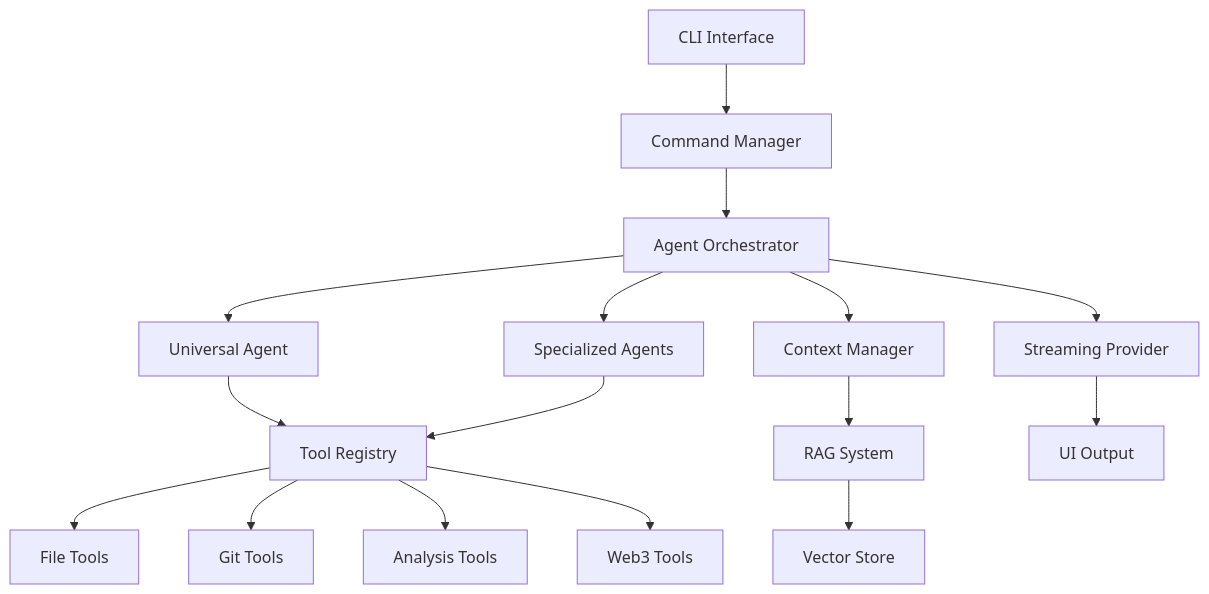
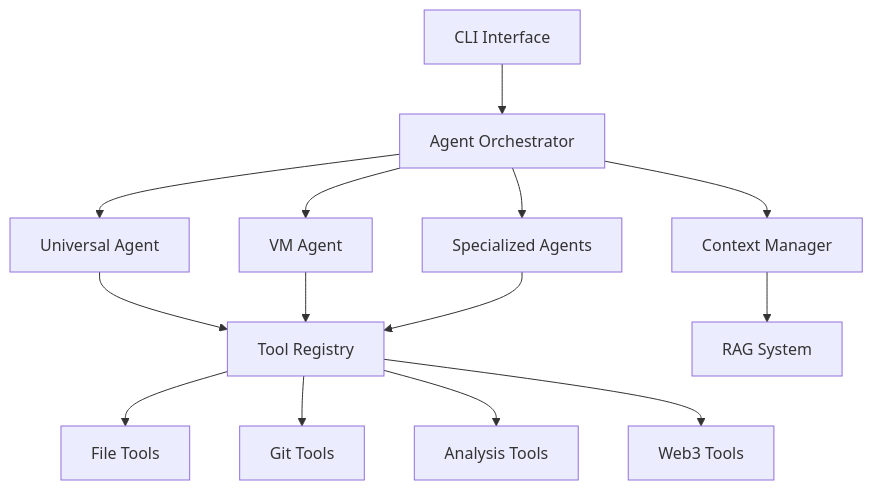
One commit to nikomatt69/nikcli-main changed the diagram in docs/agent-system/overview.mdx. Above: the diagram before and after it, drawn with Mermaid. The commit also changed other lines of this file and 13 other files, not shown here.

````diff
--- a/docs/agent-system/overview.mdx
+++ b/docs/agent-system/overview.mdx
@@ -13,22 +13,19 @@
 ```mermaid
 graph TB
-    CLI[CLI Interface] --> CM[Command Manager]
-    CM --> AO[Agent Orchestrator]
+    CLI[CLI Interface] --> AO[Agent Orchestrator]
     AO --> UA[Universal Agent]
+    AO --> VA[VM Agent]
     AO --> SA[Specialized Agents]
 
     UA --> TR[Tool Registry]
+    VA --> TR
     SA --> TR
 
     TR --> FT[File Tools]
     TR --> GT[Git Tools]
     TR --> AT[Analysis Tools]
     TR --> W3[Web3 Tools]
 
-    AO --> CM2[Context Manager]
-    CM2 --> RAG[RAG System]
-    RAG --> VS[Vector Store]
-
-    AO --> SP[Streaming Provider]
-    SP --> UI[UI Output]
+    AO --> CM[Context Manager]
+    CM --> RAG[RAG System]
 ```
````
